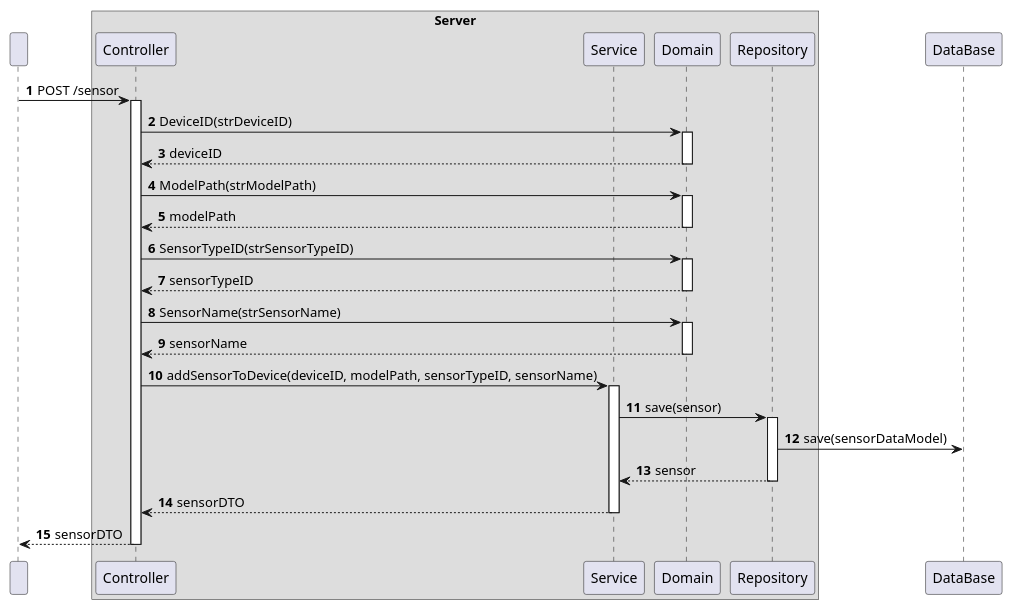
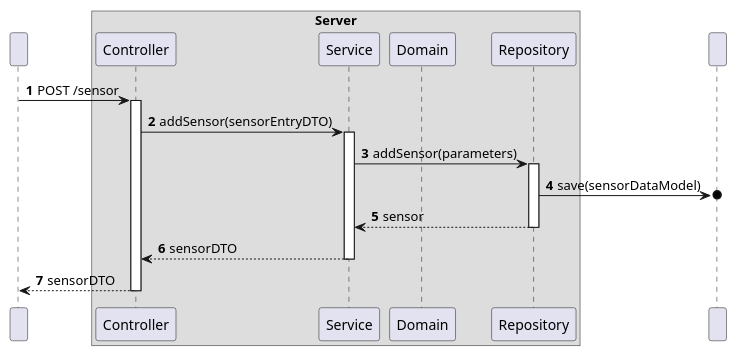
Before and after one commit to olivDiogo/SmartHome: the diagram in docs/ooa/C4_4plus1_models/Level3/ProcessView/ProcessViewLevel3_UC07.puml, drawn with PlantUML.

Commit message:
#518 updated level 3, uc07

```diff
--- a/docs/ooa/C4_4plus1_models/Level3/ProcessView/ProcessViewLevel3_UC07.puml
+++ b/docs/ooa/C4_4plus1_models/Level3/ProcessView/ProcessViewLevel3_UC07.puml
@@ -1,64 +1,40 @@
 @startuml
 'https://plantuml.com/sequence-diagram
 !pragma layout smetana
 
 autonumber
 
 participant " " as HTTP
 
 box "Server"
     participant "Controller" as CTRL
     participant "Service" as SV
     participant "Domain" as DM
     participant "Repository" as RP
 
 end box
-participant "DataBase" as BD
+participant " " as BD
 
 
 HTTP -> CTRL : POST /sensor
 activate CTRL
 
-CTRL -> DM : DeviceID(strDeviceID)
-activate DM
-
-DM --> CTRL : deviceID
-deactivate DM
-
-CTRL -> DM : ModelPath(strModelPath)
-activate DM
-
-DM --> CTRL : modelPath
-deactivate DM
-
-CTRL -> DM : SensorTypeID(strSensorTypeID)
-activate DM
-
-DM --> CTRL : sensorTypeID
-deactivate DM
-
-CTRL -> DM : SensorName(strSensorName)
-activate DM
-
-DM --> CTRL : sensorName
-deactivate DM
-
-CTRL -> SV : addSensorToDevice(deviceID, modelPath, sensorTypeID, sensorName)
+CTRL -> SV : addSensor(sensorEntryDTO)
 activate SV
 
-SV -> RP : save(sensor)
+SV -> RP : addSensor(parameters)
 activate RP
 
-RP -> BD : save(sensorDataModel)
+RP ->o BD : save(sensorDataModel)
 
 RP --> SV : sensor
 deactivate RP
 
 SV --> CTRL : sensorDTO
 deactivate SV
 
 CTRL --> HTTP : sensorDTO
 deactivate CTRL
 
 
 @enduml
```
